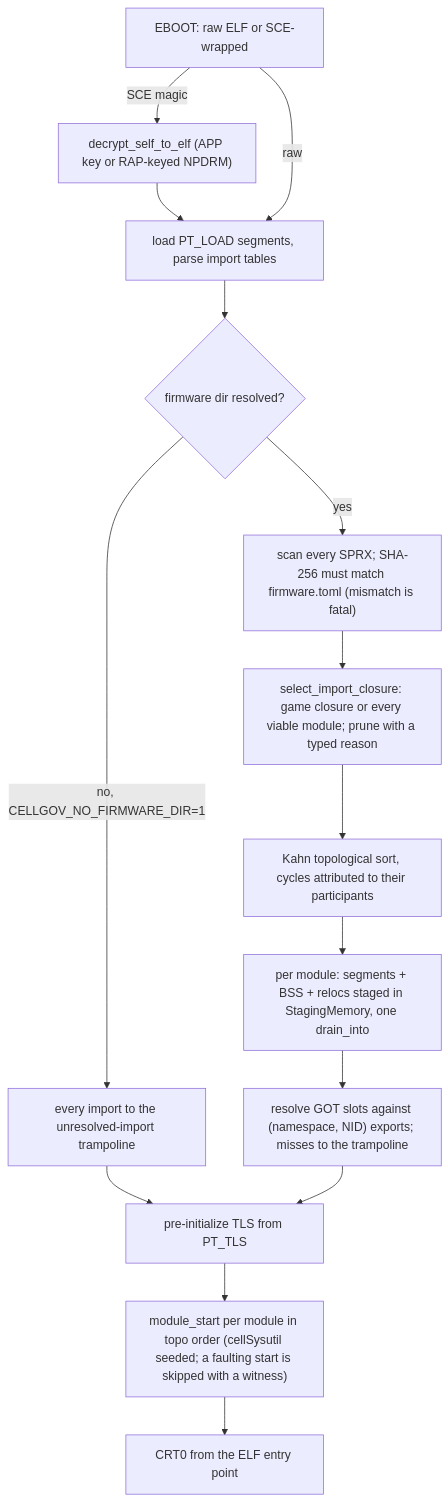
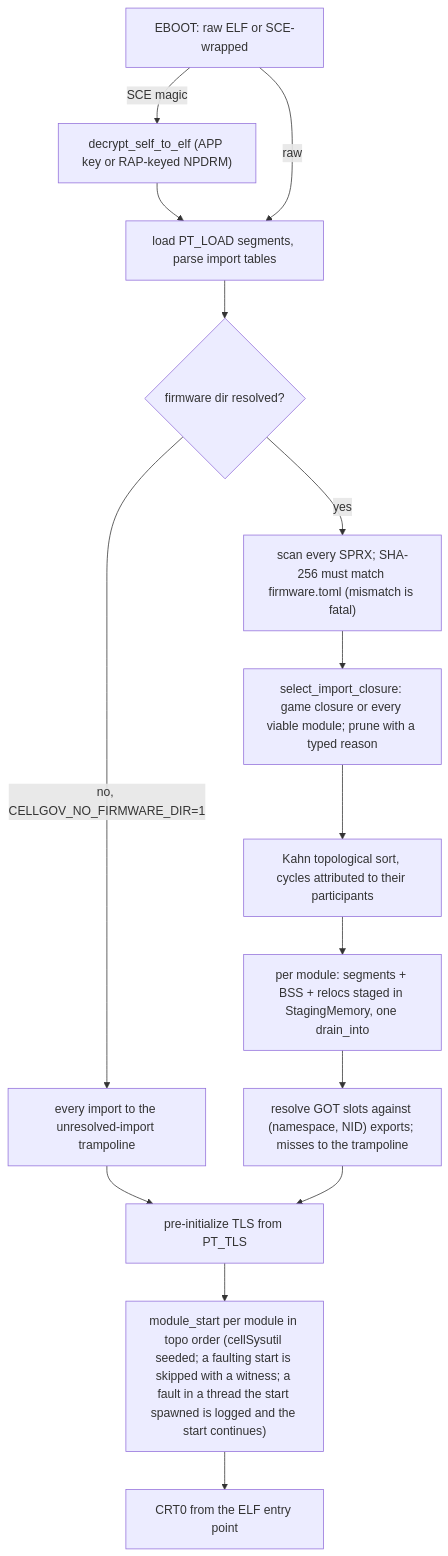
The diagram in docs/architecture/boot.md (RoyalAce22/CellGov), drawn with Mermaid before and after one commit. The commit also changed 73 other files, not shown here.

````diff
--- a/docs/architecture/boot.md
+++ b/docs/architecture/boot.md
@@ -113,16 +113,16 @@
 ```mermaid
 flowchart TD
   eboot["EBOOT: raw ELF or SCE-wrapped"] -->|SCE magic| dec["decrypt_self_to_elf (APP key or RAP-keyed NPDRM)"] --> load
   eboot -->|raw| load["load PT_LOAD segments, parse import tables"]
   load --> fw{"firmware dir resolved?"}
   fw -->|"no, CELLGOV_NO_FIRMWARE_DIR=1"| tramp["every import to the unresolved-import trampoline"]
   fw -->|yes| scan["scan every SPRX; SHA-256 must match firmware.toml (mismatch is fatal)"]
   scan --> sel["select_import_closure: game closure or every viable module; prune with a typed reason"]
   sel --> topo["Kahn topological sort, cycles attributed to their participants"]
   topo --> reloc["per module: segments + BSS + relocs staged in StagingMemory, one drain_into"]
   reloc --> got["resolve GOT slots against (namespace, NID) exports; misses to the trampoline"]
   tramp --> tls
   got --> tls["pre-initialize TLS from PT_TLS"]
-  tls --> ms["module_start per module in topo order (cellSysutil seeded; a faulting start is skipped with a witness)"]
+  tls --> ms["module_start per module in topo order (cellSysutil seeded; a faulting start is skipped with a witness; a fault in a thread the start spawned is logged and the start continues)"]
   ms --> crt0["CRT0 from the ELF entry point"]
 ```
````
